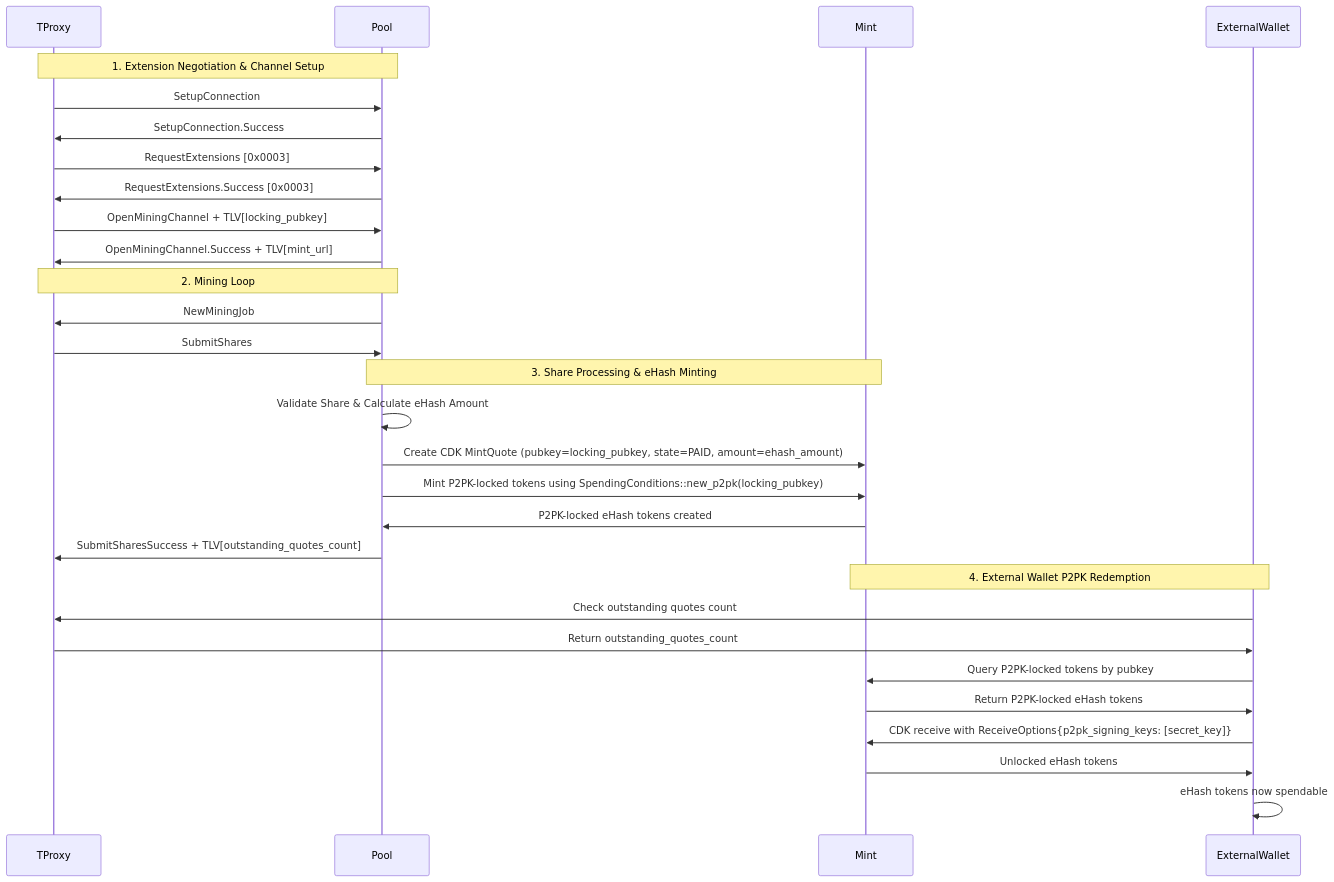
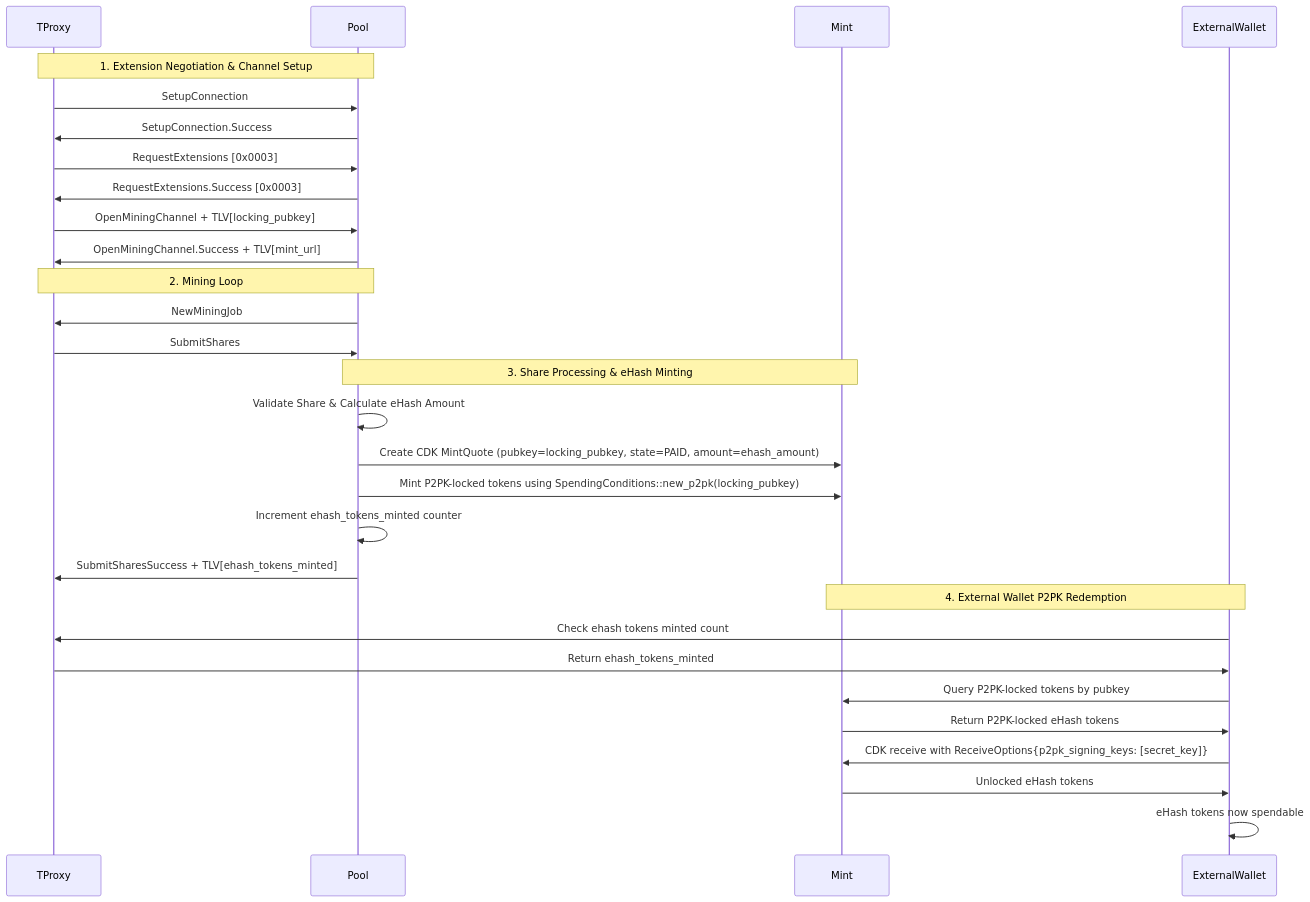
The first of 3 diagrams in .kiro/specs/hashpool-ehash-mint/design.md (average-gary/stratum), drawn with Mermaid before and after one commit. The commit also changed other lines of this file and 6 other files, not shown here.

First line of the commit message:
feat(ehash): Add eHash mint design and implementation details

````diff
--- a/.kiro/specs/hashpool-ehash-mint/design.md
+++ b/.kiro/specs/hashpool-ehash-mint/design.md
@@ -16,35 +46,35 @@
 ```mermaid
 sequenceDiagram
     participant TProxy
     participant Pool
     participant Mint
     participant ExternalWallet
     
     Note over TProxy, Pool: 1. Extension Negotiation & Channel Setup
     TProxy->>Pool: SetupConnection
     Pool->>TProxy: SetupConnection.Success
     TProxy->>Pool: RequestExtensions [0x0003]
     Pool->>TProxy: RequestExtensions.Success [0x0003]
     TProxy->>Pool: OpenMiningChannel + TLV[locking_pubkey]
     Pool->>TProxy: OpenMiningChannel.Success + TLV[mint_url]
     
     Note over TProxy, Pool: 2. Mining Loop
     Pool->>TProxy: NewMiningJob
     TProxy->>Pool: SubmitShares
     
     Note over Pool, Mint: 3. Share Processing & eHash Minting
     Pool->>Pool: Validate Share & Calculate eHash Amount
     Pool->>Mint: Create CDK MintQuote (pubkey=locking_pubkey, state=PAID, amount=ehash_amount)
     Pool->>Mint: Mint P2PK-locked tokens using SpendingConditions::new_p2pk(locking_pubkey)
-    Mint->>Pool: P2PK-locked eHash tokens created
-    Pool->>TProxy: SubmitSharesSuccess + TLV[outstanding_quotes_count]
+    Pool->>Pool: Increment ehash_tokens_minted counter
+    Pool->>TProxy: SubmitSharesSuccess + TLV[ehash_tokens_minted]
     
     Note over ExternalWallet, Mint: 4. External Wallet P2PK Redemption
-    ExternalWallet->>TProxy: Check outstanding quotes count
-    TProxy->>ExternalWallet: Return outstanding_quotes_count
+    ExternalWallet->>TProxy: Check ehash tokens minted count
+    TProxy->>ExternalWallet: Return ehash_tokens_minted
     ExternalWallet->>Mint: Query P2PK-locked tokens by pubkey
     Mint->>ExternalWallet: Return P2PK-locked eHash tokens
     ExternalWallet->>Mint: CDK receive with ReceiveOptions{p2pk_signing_keys: [secret_key]}
     Mint->>ExternalWallet: Unlocked eHash tokens
     ExternalWallet->>ExternalWallet: eHash tokens now spendable
 ```
````
